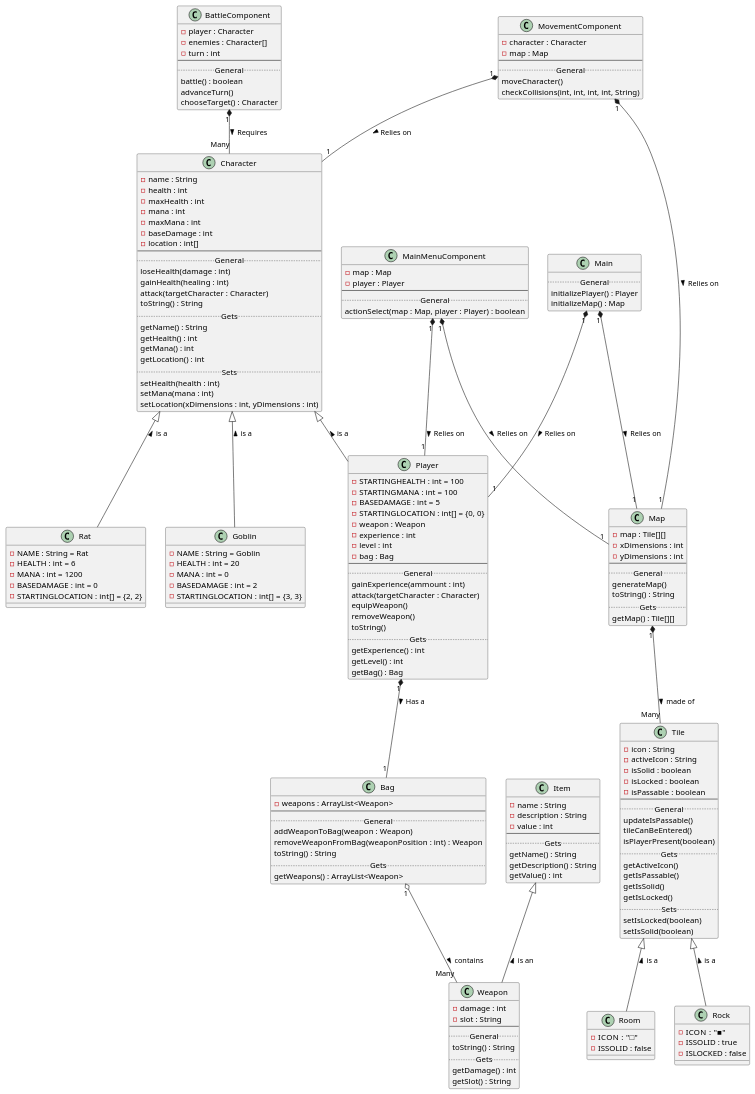
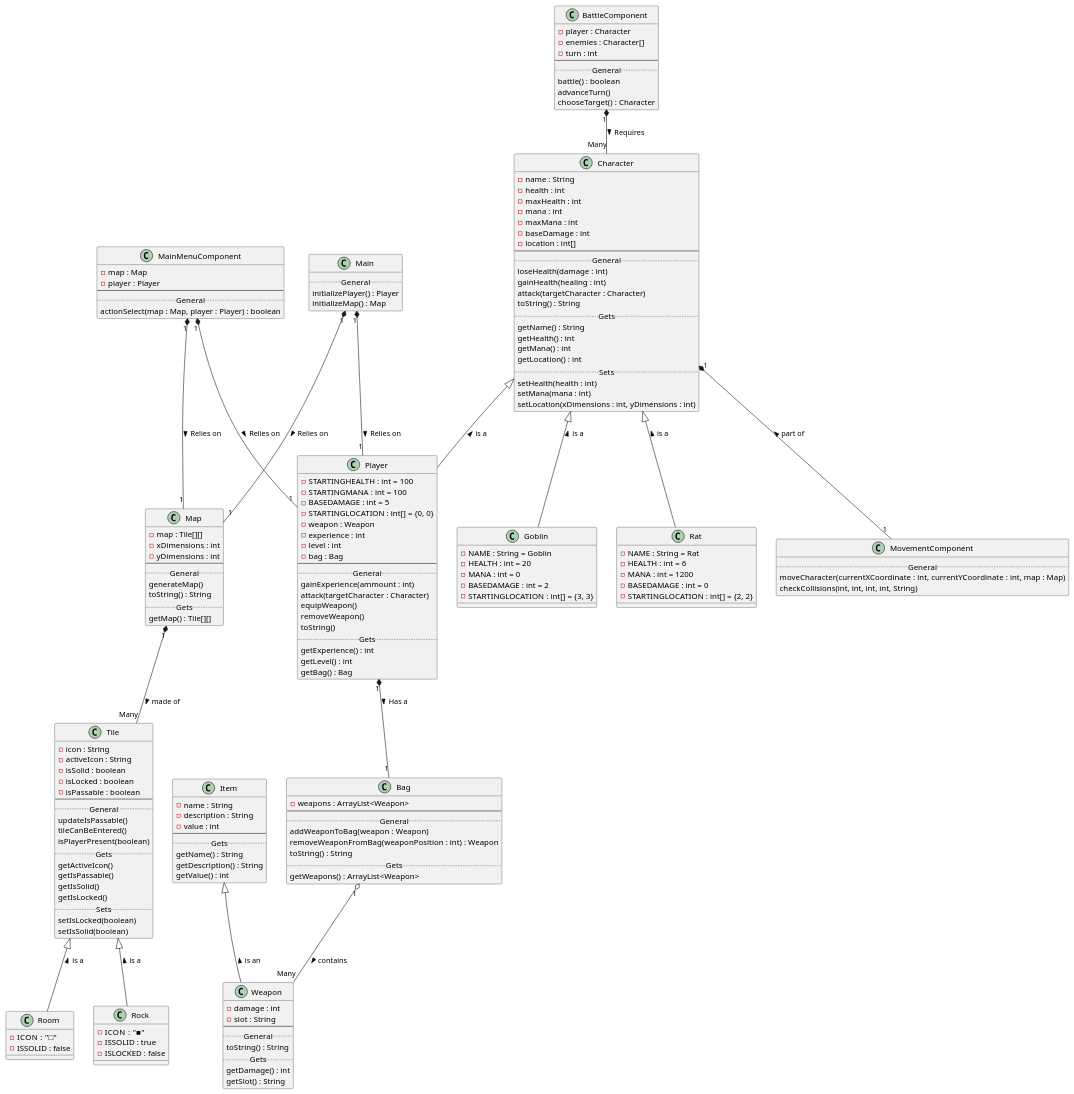
The diagram in Documentation/UML Class Diagram.md (CromulentEntity/Dungeon_Crawler_Deux), drawn with PlantUML before and after one commit. The commit also changed 1 other file, not shown here.

Commit message:
Update UML Class Diagram, TODO

```diff
--- a/Documentation/UML Class Diagram.md
+++ b/Documentation/UML Class Diagram.md
@@ -65,11 +65,8 @@
 
 
 class MovementComponent {
-    - character : Character
-    - map : Map
-    --
     .. General ..
-    moveCharacter()
+    moveCharacter(currentXCoordinate : int, currentYCoordinate : int, map : Map)
     checkCollisions(int, int, int, int, String)
 }
 
@@ -187,15 +184,13 @@
 Character <|-- Player : < is a
 Character <|-- Rat : < is a
 Character <|-- Goblin : < is a
+Character "1" *-- "1" MovementComponent : < part of
 
 Item <|-- Weapon : < is an
 
 Map "1" *-- "Many" Tile : made of >
 
 Bag "1" o-- "Many" Weapon : contains >
-
-MovementComponent "1" *-- "1" Character : Relies on >
-MovementComponent "1" *-- "1" Map : Relies on >
 
 MainMenuComponent "1" *-- "1" Player : Relies on >
 MainMenuComponent "1" *-- "1" Map : Relies on >
```
